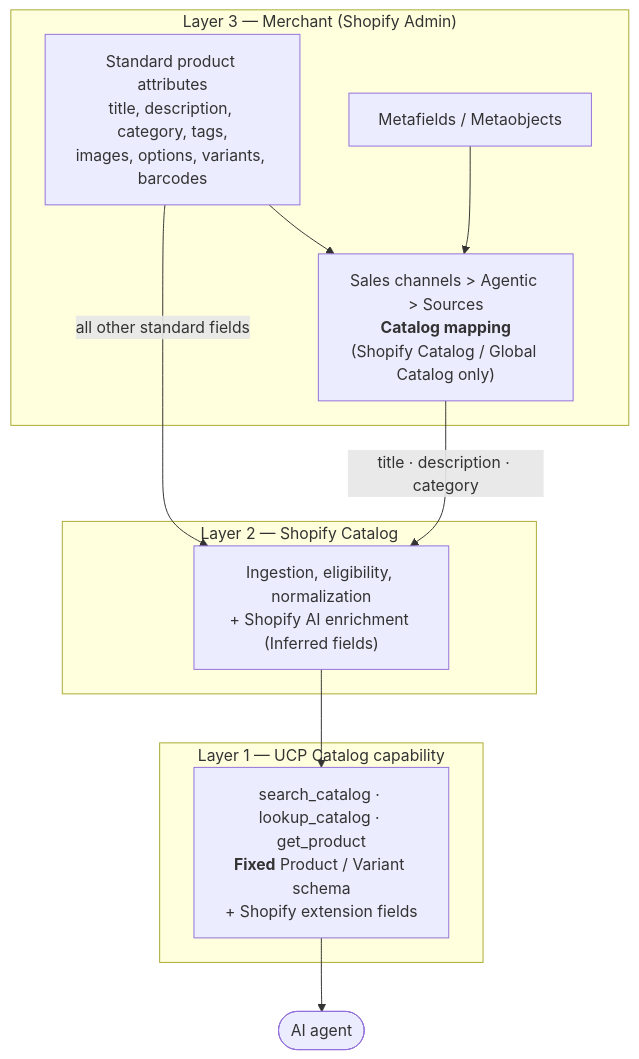
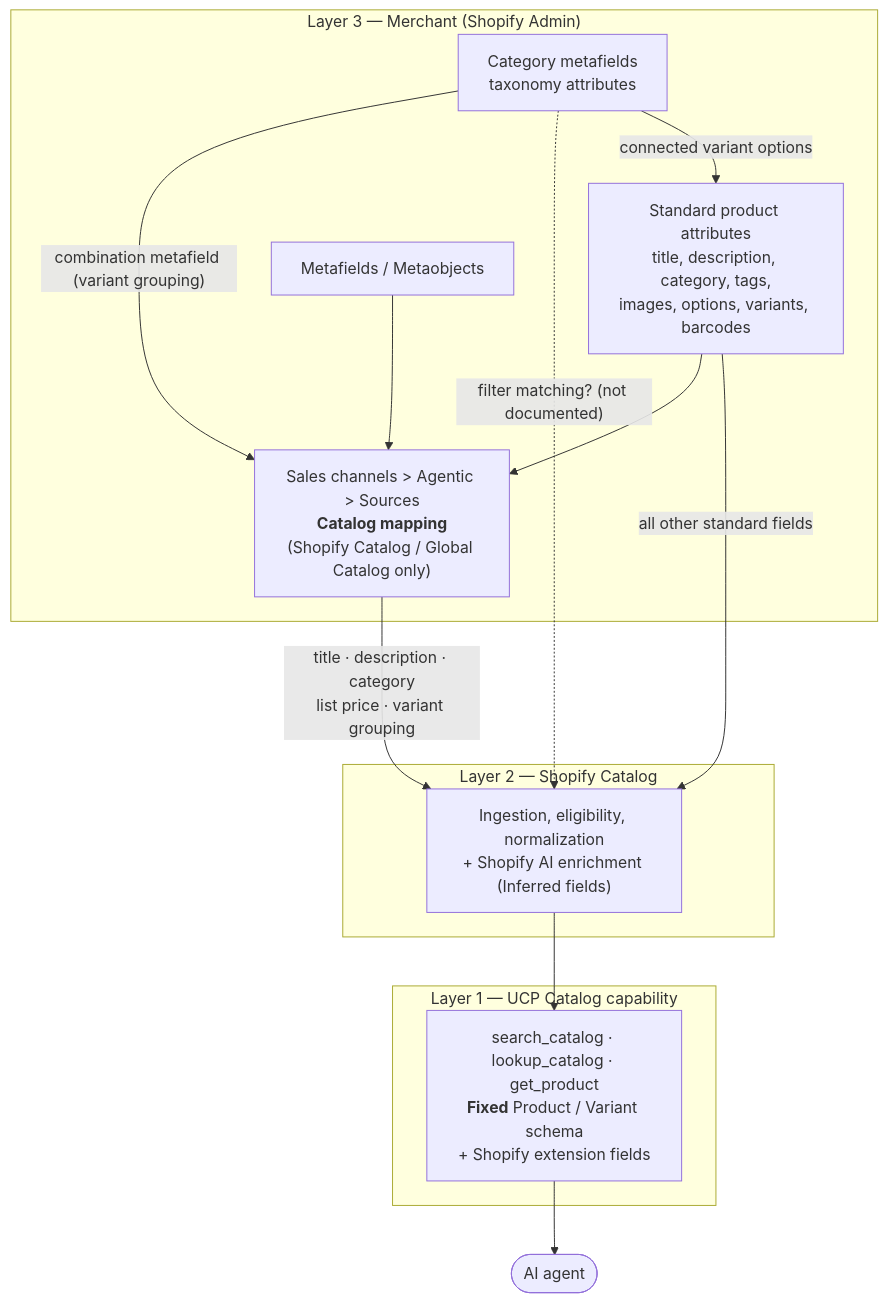
Before and after one commit to benzookapi/shopify-ucp-demo-mcp: the first of 4 diagrams in docs/catalog-field-mapping.md, drawn with Mermaid. The commit also changed other lines of this file and 6 other files, not shown here.

Commit message:
Clarify Catalog category metafields and verification boundaries

````diff
--- a/docs/catalog-field-mapping.md
+++ b/docs/catalog-field-mapping.md
@@ -18,21 +19,25 @@
 ```mermaid
 flowchart TB
     subgraph L3["Layer 3 — Merchant (Shopify Admin)"]
         PA["Standard product attributes<br/>title, description, category, tags,<br/>images, options, variants, barcodes"]
         MF["Metafields / Metaobjects"]
+        CATMF["Category metafields<br/>taxonomy attributes"]
         MAP["Sales channels &gt; Agentic &gt; Sources<br/><b>Catalog mapping</b><br/>(Shopify Catalog / Global Catalog only)"]
     end
     subgraph L2["Layer 2 — Shopify Catalog"]
         ING["Ingestion, eligibility, normalization<br/>+ Shopify AI enrichment (Inferred fields)"]
     end
     subgraph L1["Layer 1 — UCP Catalog capability"]
         RESP["search_catalog · lookup_catalog · get_product<br/><b>Fixed</b> Product / Variant schema<br/>+ Shopify extension fields"]
     end
 
     PA --> MAP
     MF --> MAP
-    MAP -->|title · description · category| ING
+    CATMF -->|"combination metafield (variant grouping)"| MAP
+    CATMF -.->|"filter matching? (not documented)"| ING
+    CATMF -->|"connected variant options"| PA
+    MAP -->|"title · description · category<br/>list price · variant grouping"| ING
     PA -->|all other standard fields| ING
     ING --> RESP
     RESP --> AGENT(["AI agent"])
 ```
````
